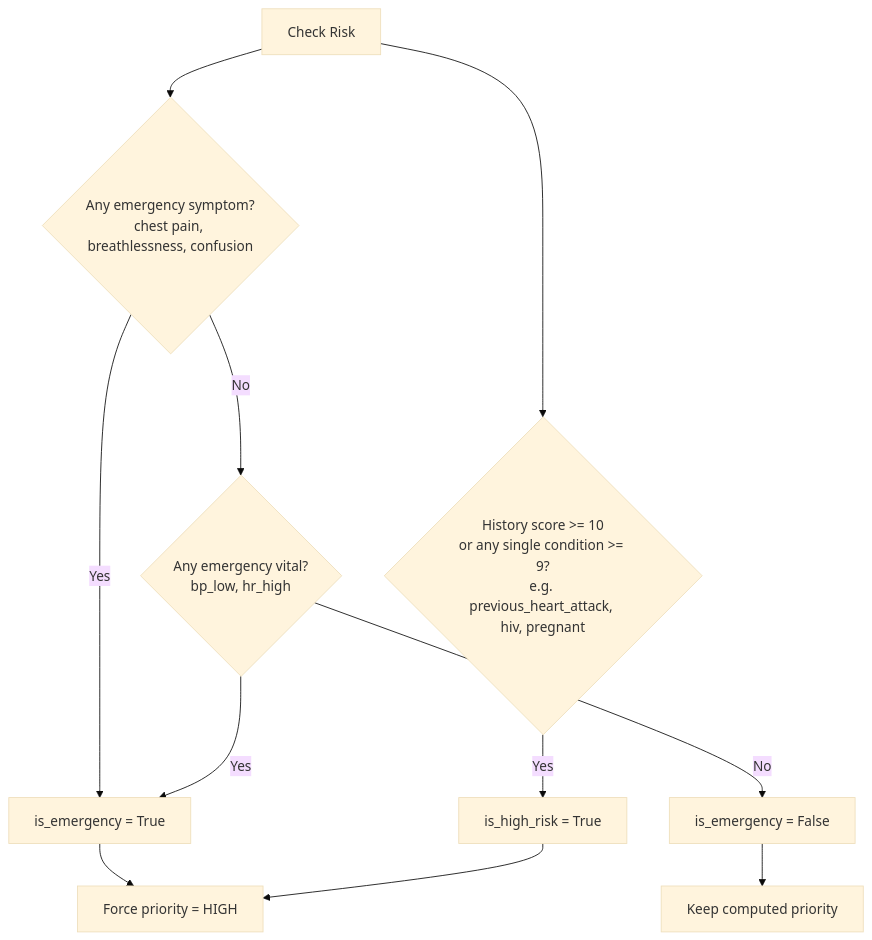
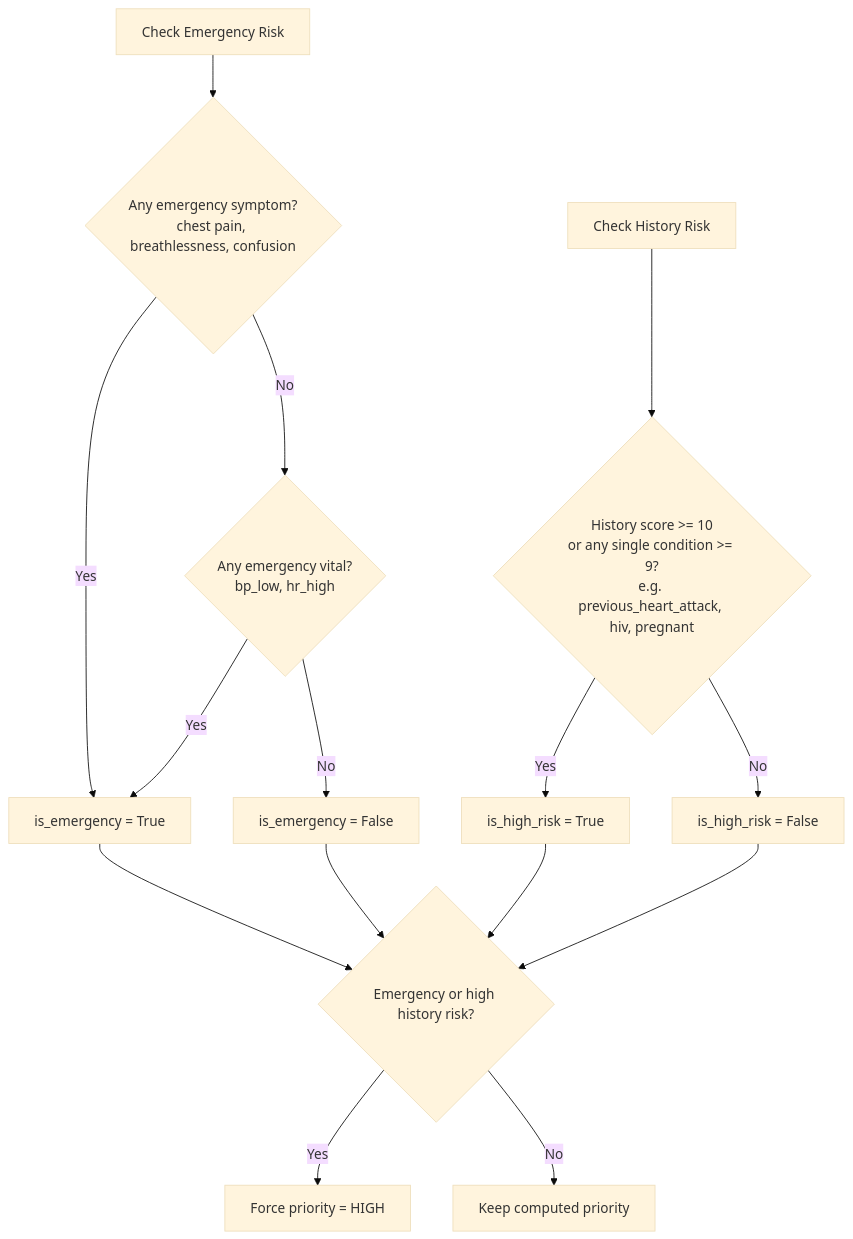
One commit to AyusmanNanda/patient-router changed the fourth of 6 diagrams in docs/architecture.md. Above: the diagram before and after it, drawn with Mermaid (base theme). The commit also changed other lines of this file and 4 other files, not shown here.

````diff
--- a/docs/architecture.md
+++ b/docs/architecture.md
@@ -173,13 +177,20 @@
 ```mermaid
 flowchart TD
-    A[Check Risk] --> B{Any emergency symptom?\nchest pain, breathlessness, confusion}
-    B -- Yes --> D[is_emergency = True]
-    B -- No --> C{Any emergency vital?\nbp_low, hr_high}
-    C -- Yes --> D
-    C -- No --> E[is_emergency = False]
-    A --> F{History score >= 10\nor any single condition >= 9?\ne.g. previous_heart_attack, hiv, pregnant}
-    F -- Yes --> G[is_high_risk = True]
-    D --> H[Force priority = HIGH]
-    G --> H
-    E --> I[Keep computed priority]
+    A[Check Emergency Risk] --> B{Any emergency symptom?\nchest pain, breathlessness, confusion}
+    B -- Yes --> C[is_emergency = True]
+    B -- No --> D{Any emergency vital?\nbp_low, hr_high}
+    D -- Yes --> C
+    D -- No --> E[is_emergency = False]
+
+    F[Check History Risk] --> G{History score >= 10\nor any single condition >= 9?\ne.g. previous_heart_attack, hiv, pregnant}
+    G -- Yes --> H[is_high_risk = True]
+    G -- No --> I[is_high_risk = False]
+
+    C --> J{Emergency or high history risk?}
+    E --> J
+    H --> J
+    I --> J
+
+    J -- Yes --> K[Force priority = HIGH]
+    J -- No --> L[Keep computed priority]
 ```
````
